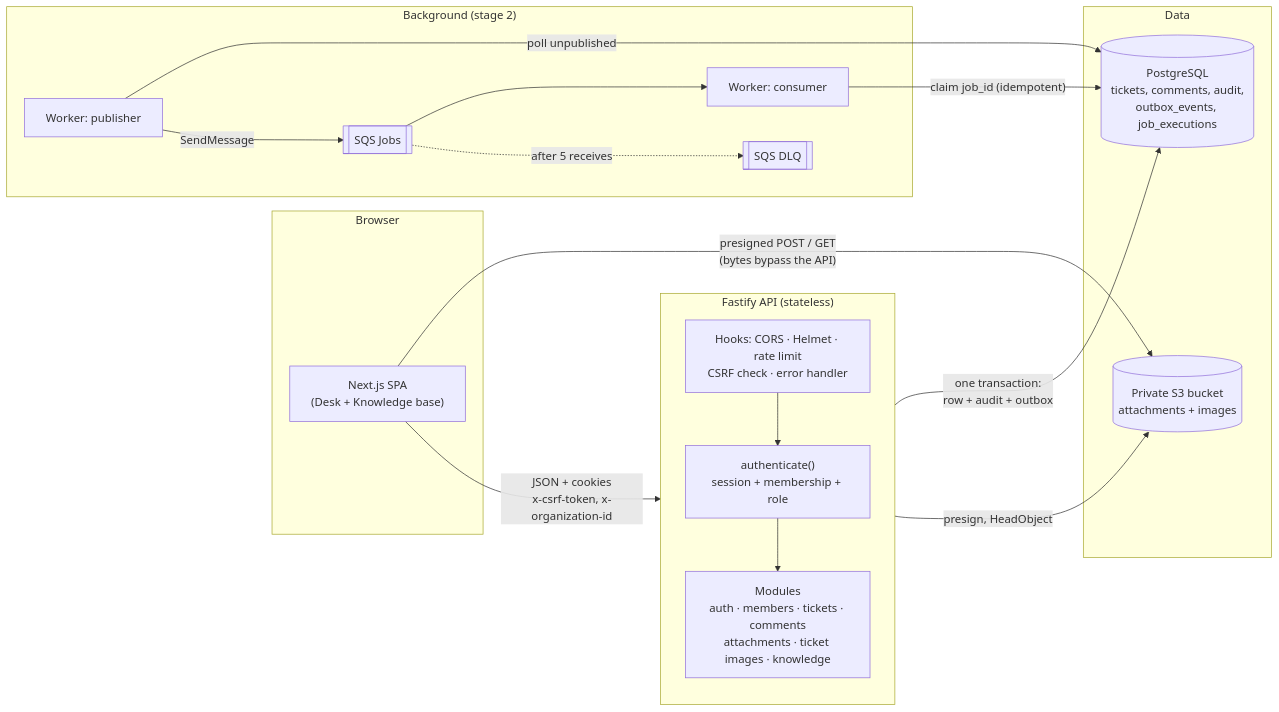
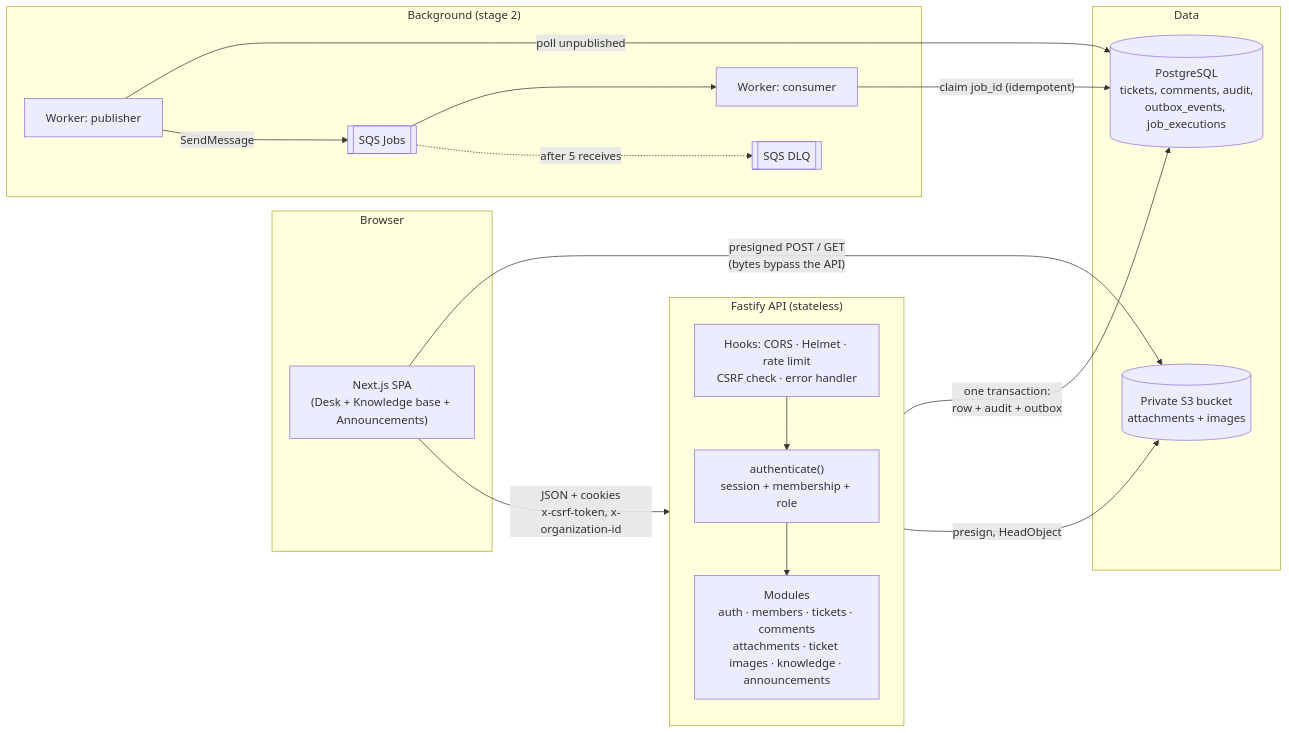
One commit to TheCodister/support-portal changed the second of 10 diagrams in README.md. Above: the diagram before and after it, drawn with Mermaid. The commit also changed other lines of this file and 12 other files, not shown here.

````diff
--- a/README.md
+++ b/README.md
@@ -139,36 +141,36 @@
 ```mermaid
 flowchart LR
   subgraph Browser
-    UI["Next.js SPA<br/>(Desk + Knowledge base)"]
+    UI["Next.js SPA<br/>(Desk + Knowledge base + Announcements)"]
   end
 
   subgraph API["Fastify API (stateless)"]
     direction TB
     MW["Hooks: CORS · Helmet · rate limit<br/>CSRF check · error handler"]
     AUTH["authenticate()<br/>session + membership + role"]
-    MODS["Modules<br/>auth · members · tickets · comments<br/>attachments · ticket images · knowledge"]
+    MODS["Modules<br/>auth · members · tickets · comments<br/>attachments · ticket images · knowledge · announcements"]
     MW --> AUTH --> MODS
   end
 
   subgraph Data
     PG[("PostgreSQL<br/>tickets, comments, audit,<br/>outbox_events, job_executions")]
     S3[("Private S3 bucket<br/>attachments + images")]
   end
 
   subgraph Async["Background (stage 2)"]
     PUB["Worker: publisher"]
     Q[["SQS Jobs"]]
     DLQ[["SQS DLQ"]]
     CON["Worker: consumer"]
   end
 
   UI -- "JSON + cookies<br/>x-csrf-token, x-organization-id" --> MW
   UI -- "presigned POST / GET<br/>(bytes bypass the API)" --> S3
   MODS -- "one transaction:<br/>row + audit + outbox" --> PG
   MODS -- "presign, HeadObject" --> S3
   PUB -- "poll unpublished" --> PG
   PUB -- SendMessage --> Q
   Q --> CON
   Q -. "after 5 receives" .-> DLQ
   CON -- "claim job_id (idempotent)" --> PG
 ```
````
